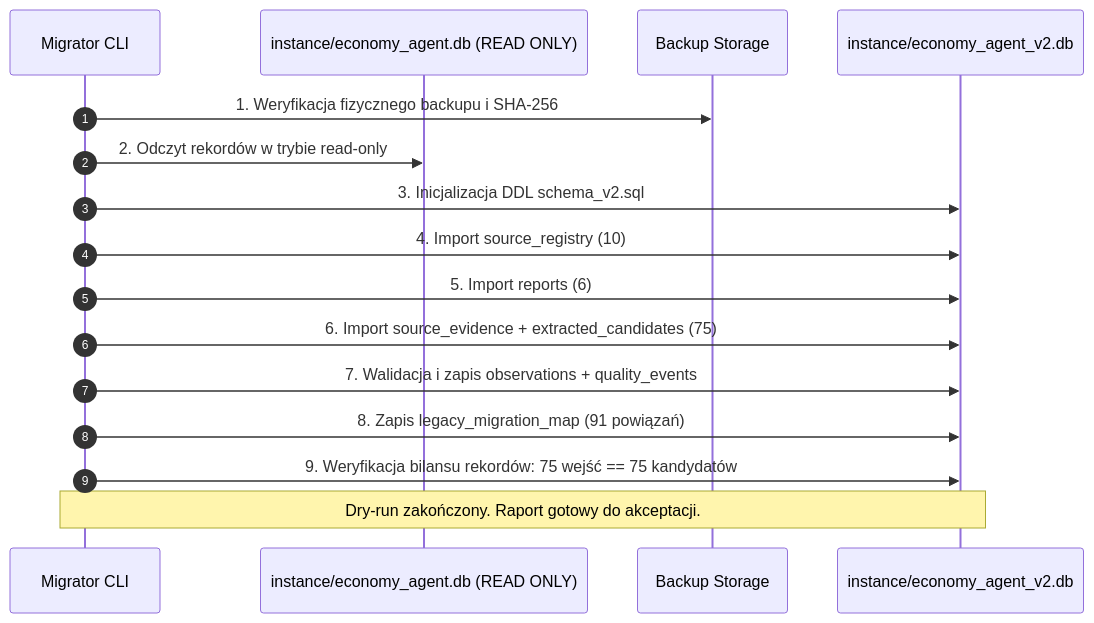
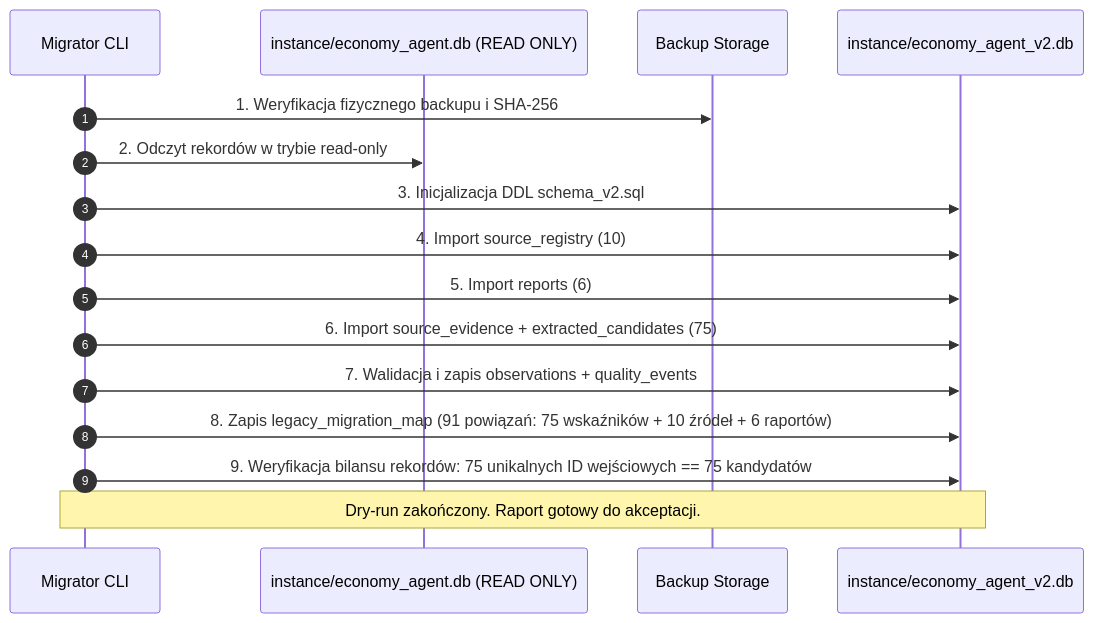
The diagram in docs/MIGRATION_V2_PLAN.md (maciejkubek-maker/polish-economy-agent), drawn with Mermaid before and after one commit. The commit also changed other lines of this file and 6 other files, not shown here.

````diff
--- a/docs/MIGRATION_V2_PLAN.md
+++ b/docs/MIGRATION_V2_PLAN.md
@@ -131,19 +145,19 @@
 ```mermaid
 sequenceDiagram
     autonumber
     participant DEV as Migrator CLI
     participant LEG as instance/economy_agent.db (READ ONLY)
     participant BAK as Backup Storage
     participant NEW as instance/economy_agent_v2.db
 
     DEV->>BAK: 1. Weryfikacja fizycznego backupu i SHA-256
     DEV->>LEG: 2. Odczyt rekordów w trybie read-only
     DEV->>NEW: 3. Inicjalizacja DDL schema_v2.sql
     DEV->>NEW: 4. Import source_registry (10)
     DEV->>NEW: 5. Import reports (6)
     DEV->>NEW: 6. Import source_evidence + extracted_candidates (75)
     DEV->>NEW: 7. Walidacja i zapis observations + quality_events
-    DEV->>NEW: 8. Zapis legacy_migration_map (91 powiązań)
-    DEV->>NEW: 9. Weryfikacja bilansu rekordów: 75 wejść == 75 kandydatów
+    DEV->>NEW: 8. Zapis legacy_migration_map (91 powiązań: 75 wskaźników + 10 źródeł + 6 raportów)
+    DEV->>NEW: 9. Weryfikacja bilansu rekordów: 75 unikalnych ID wejściowych == 75 kandydatów
     Note over DEV,NEW: Dry-run zakończony. Raport gotowy do akceptacji.
 ```
````
